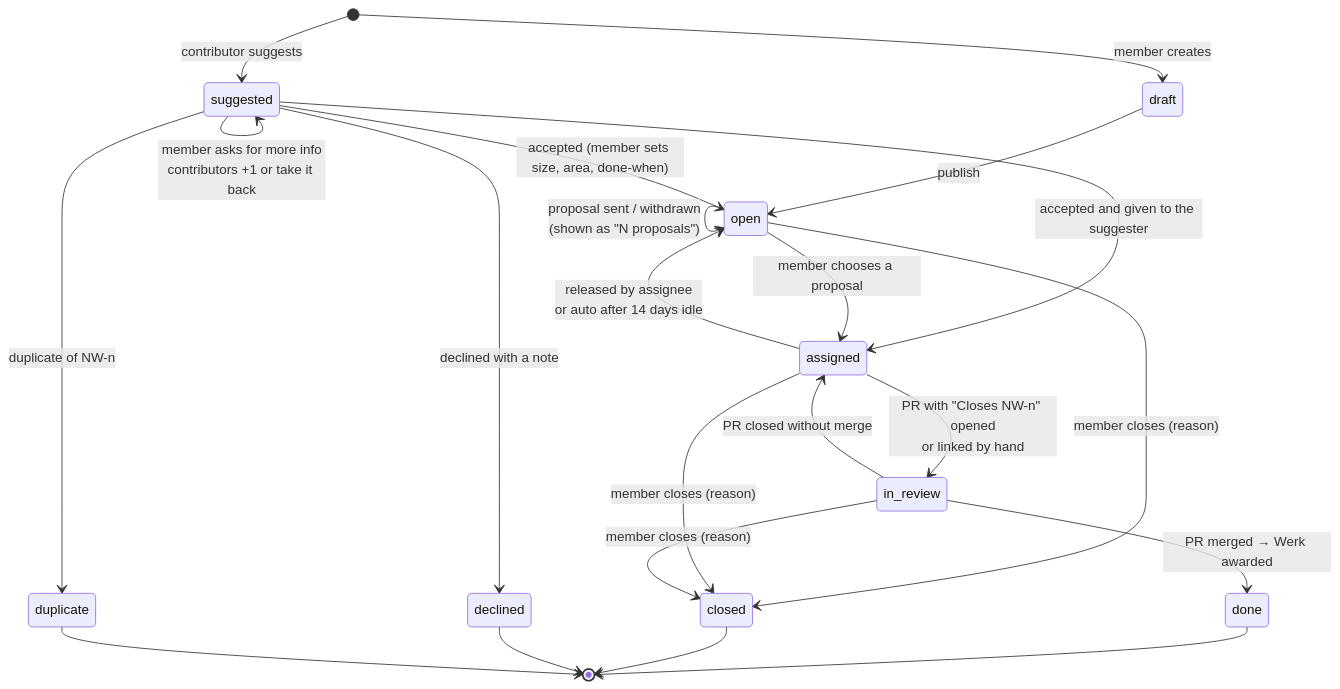
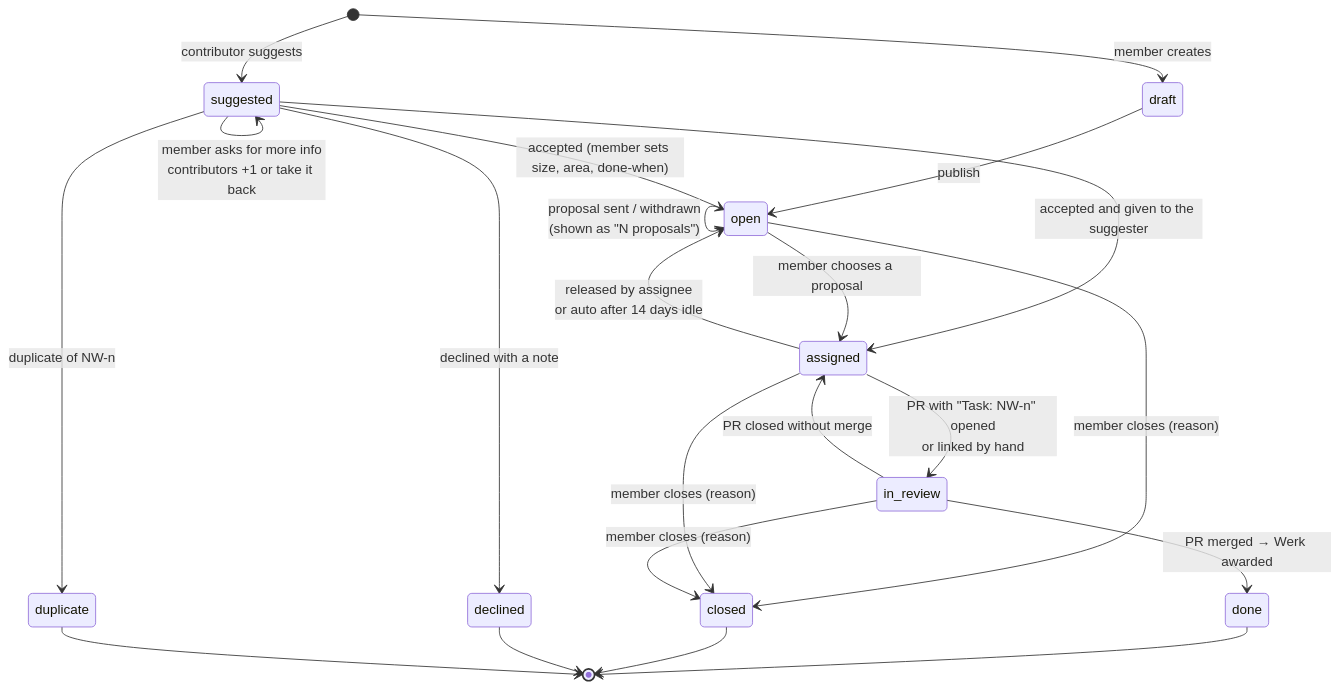
Before and after one commit to Novawerk/novawerk-workspace: the diagram in docs/contributor-board-design.md, drawn with Mermaid. The commit also changed other lines of this file, not shown here.

````diff
--- a/docs/contributor-board-design.md
+++ b/docs/contributor-board-design.md
@@ -373,24 +380,24 @@
 ```mermaid
 stateDiagram-v2
     [*] --> draft: member creates
     draft --> open: publish
     [*] --> suggested: contributor suggests
     suggested --> suggested: member asks for more info<br/>contributors +1 or take it back
     suggested --> open: accepted (member sets size, area, done-when)
     suggested --> assigned: accepted and given to the suggester
     suggested --> declined: declined with a note
     suggested --> duplicate: duplicate of NW-n
     open --> open: proposal sent / withdrawn<br/>(shown as "N proposals")
     open --> assigned: member chooses a proposal
-    assigned --> in_review: PR with "Closes NW-n" opened<br/>or linked by hand
+    assigned --> in_review: PR with "Task: NW-n" opened<br/>or linked by hand
     in_review --> assigned: PR closed without merge
     in_review --> done: PR merged → Werk awarded
     assigned --> open: released by assignee<br/>or auto after 14 days idle
     open --> closed: member closes (reason)
     assigned --> closed: member closes (reason)
     in_review --> closed: member closes (reason)
     done --> [*]
     closed --> [*]
     declined --> [*]
     duplicate --> [*]
 ```
````
